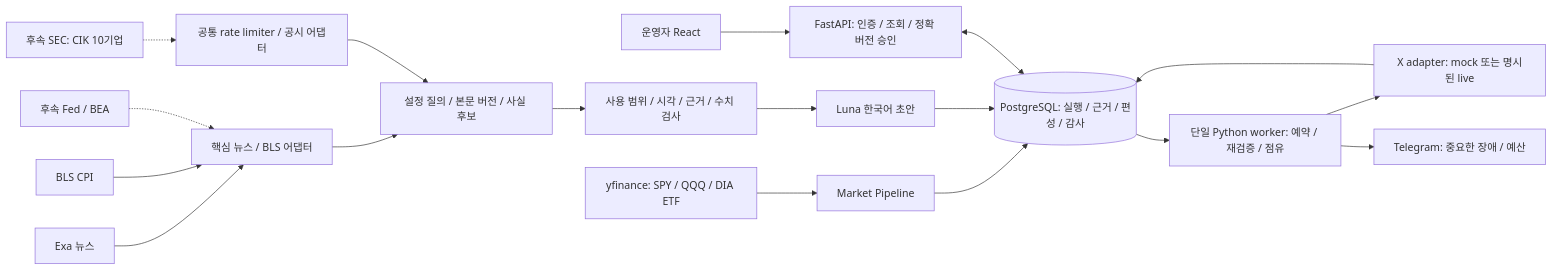
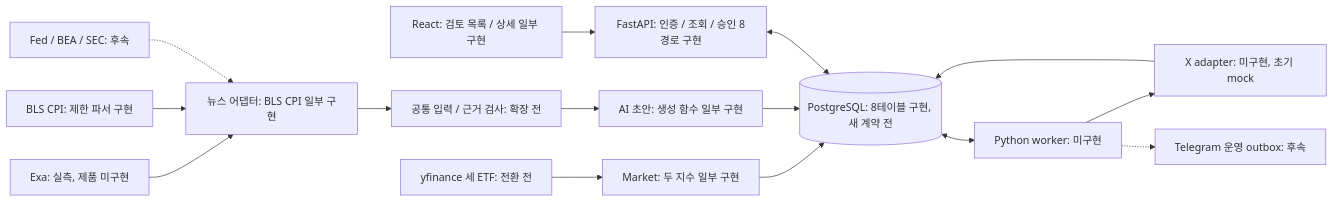
One commit to luvulmi/xfolio changed the first of 5 diagrams in docs/specifications/시스템_구성과_주요_시퀀스.md. Above: the diagram before and after it, drawn with Mermaid. The commit also changed other lines of this file and 9 other files, not shown here.

````diff
--- a/docs/specifications/시스템_구성과_주요_시퀀스.md
+++ b/docs/specifications/시스템_구성과_주요_시퀀스.md
@@ -9,20 +11,17 @@
 ```mermaid
 flowchart LR
-  Y["yfinance: SPY / QQQ / DIA ETF"] --> M["Market Pipeline"]
-  Q["Exa 뉴스"] --> N["핵심 뉴스 / BLS 어댑터"]
-  F["BLS CPI"] --> N
-  O["후속 Fed / BEA"] -.-> N
-  S["후속 SEC: CIK 10기업"] -.-> E["공통 rate limiter / 공시 어댑터"]
-  N --> C["설정 질의 / 본문 버전 / 사실 후보"]
-  E --> C
-  C --> V["사용 범위 / 시각 / 근거 / 수치 검사"]
-  V --> L["Luna 한국어 초안"]
-  M --> D[("PostgreSQL: 실행 / 근거 / 편성 / 감사")]
+  Y["yfinance 세 ETF: 전환 전"] --> M["Market: 두 지수 일부 구현"]
+  Q["Exa: 실측, 제품 미구현"] --> N["뉴스 어댑터: BLS CPI 일부 구현"]
+  F["BLS CPI: 제한 파서 구현"] --> N
+  O["Fed / BEA / SEC: 후속"] -.-> N
+  N --> C["공통 입력 / 근거 검사: 확장 전"]
+  C --> L["AI 초안: 생성 함수 일부 구현"]
+  M --> D[("PostgreSQL: 8테이블 구현, 새 계약 전")]
   L --> D
-  U["운영자 React"] --> A["FastAPI: 인증 / 조회 / 정확 버전 승인"]
+  U["React: 검토 목록 / 상세 일부 구현"] --> A["FastAPI: 인증 / 조회 / 승인 8경로 구현"]
   A <--> D
-  D --> W["단일 Python worker: 예약 / 재검증 / 점유"]
-  W --> X["X adapter: mock 또는 명시된 live"]
-  W --> T["Telegram: 중요한 장애 / 예산"]
+  D <--> W["Python worker: 미구현"]
+  W --> X["X adapter: 미구현, 초기 mock"]
+  W -.-> T["Telegram 운영 outbox: 후속"]
   X --> D
 ```
````
